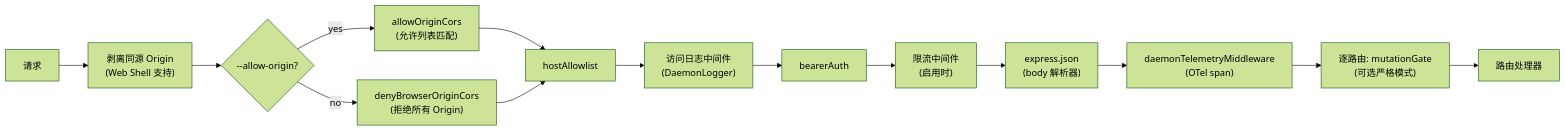
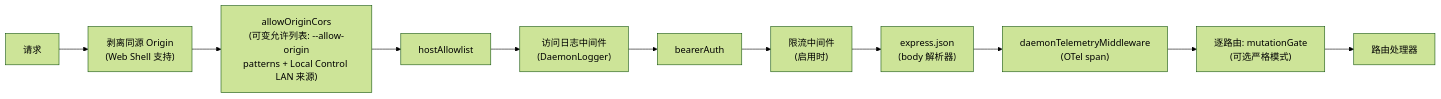
One commit to QwenLM/qwen-code-docs changed the first of 4 diagrams in website/content/zh/developers/daemon/12-auth-security.md. Above: the diagram before and after it, drawn with Mermaid (forest theme). The commit also changed other lines of this file and 83 other files, not shown here.

````diff
--- a/website/content/zh/developers/daemon/12-auth-security.md
+++ b/website/content/zh/developers/daemon/12-auth-security.md
@@ -55,16 +55,13 @@
 ```mermaid
 flowchart LR
     REQ[请求] --> SO["剥离同源 Origin<br/>(Web Shell 支持)"]
-    SO --> CORS{"--allow-origin?"}
-    CORS -->|yes| AO["allowOriginCors<br/>(允许列表匹配)"]
-    CORS -->|no| DC["denyBrowserOriginCors<br/>(拒绝所有 Origin)"]
+    SO --> AO["allowOriginCors<br/>(可变允许列表: --allow-origin<br/>patterns + Local Control LAN 来源)"]
     AO --> HA["hostAllowlist"]
-    DC --> HA
     HA --> LOG["访问日志中间件<br/>(DaemonLogger)"]
     LOG --> BA["bearerAuth"]
     BA --> RL["限流中间件<br/>(启用时)"]
     RL --> JSON["express.json<br/>(body 解析器)"]
     JSON --> TEL["daemonTelemetryMiddleware<br/>(OTel span)"]
     TEL --> MG["逐路由: mutationGate<br/>(可选严格模式)"]
     MG --> HANDLER["路由处理器"]
 ```
````
